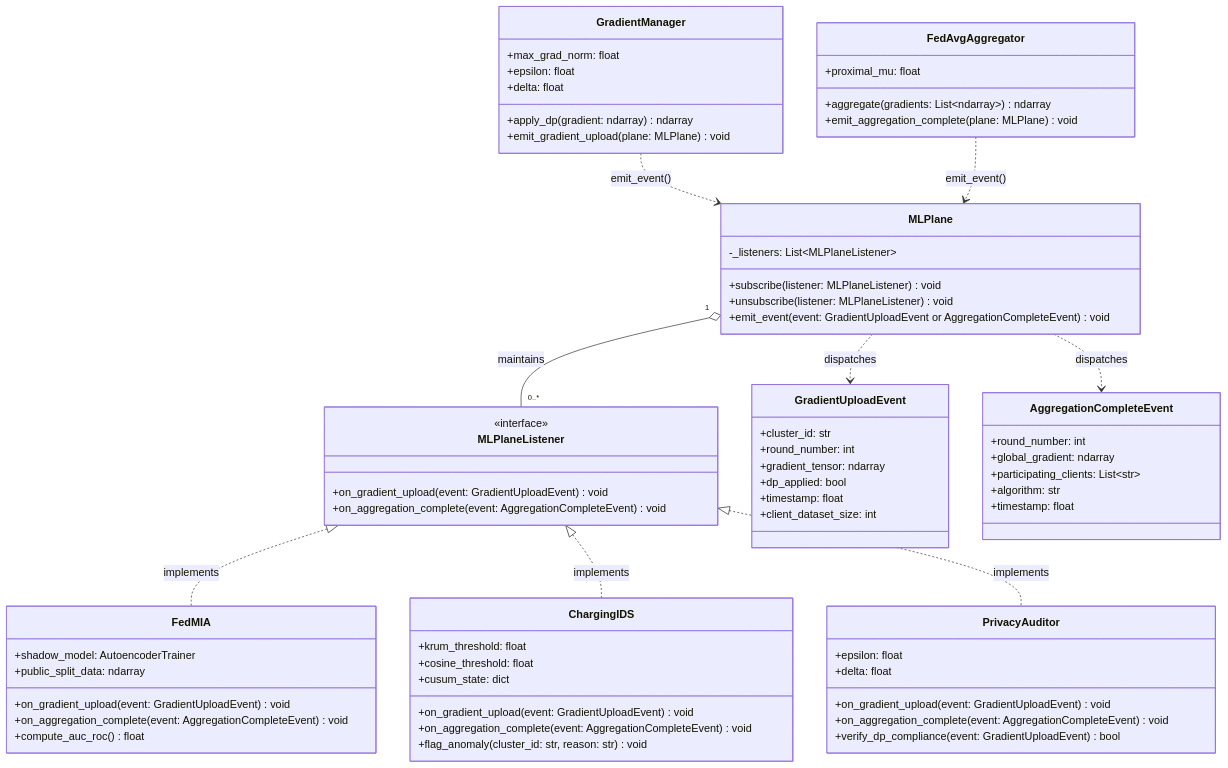
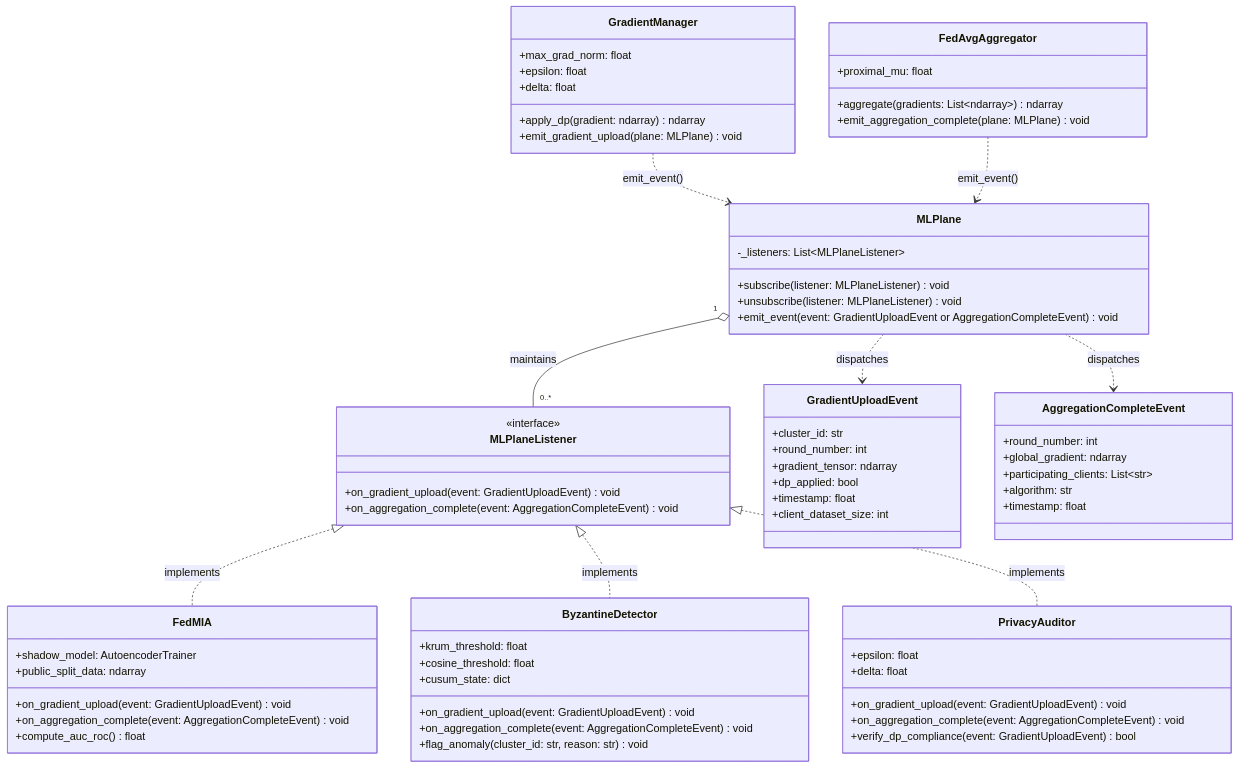
One commit to susetta85/ChargeShield-FL changed the second of 3 diagrams in docs/MLPlane.md. Above: the diagram before and after it, drawn with Mermaid. The commit also changed other lines of this file and 80 other files, not shown here.

First line of the commit message:
Campagna paper completa (task #52) + fix pseudo-replicazione + rename ByzantineDetector

```diff
--- a/docs/MLPlane.md
+++ b/docs/MLPlane.md
@@ -235,7 +286,7 @@
 
     %% Note: the class diagram above accurately reflects src/plugins/attacks/fedmia.py (unchanged).
 
-    class ChargingIDS {
+    class ByzantineDetector {
         +krum_threshold: float
         +cosine_threshold: float
         +cusum_state: dict
@@ -267,7 +318,7 @@
     }
 
     MLPlaneListener <|.. FedMIA : implements
-    MLPlaneListener <|.. ChargingIDS : implements
+    MLPlaneListener <|.. ByzantineDetector : implements
     MLPlaneListener <|.. PrivacyAuditor : implements
 
     MLPlane "1" o-- "0..*" MLPlaneListener : maintains
```
